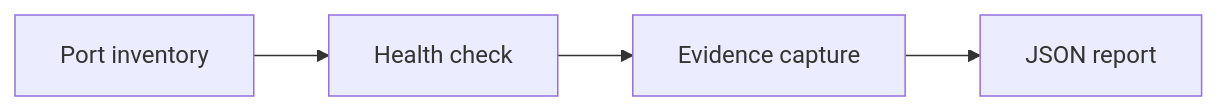
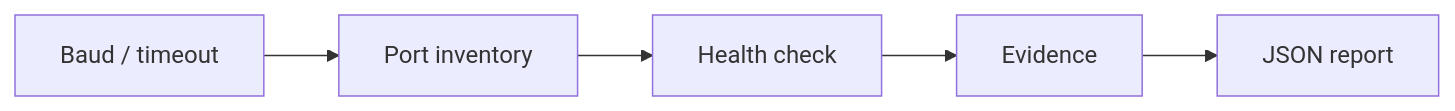
The diagram in README.md (guilherme-lacerda-tech/iot-serial-diagnostics-tool), drawn with Mermaid before and after one commit. The commit also changed other lines of this file and 6 other files, not shown here.

````diff
--- a/README.md
+++ b/README.md
@@ -22,6 +26,7 @@
 ```mermaid
 flowchart LR
-    A["Port inventory"] --> B["Health check"]
-    B --> C["Evidence capture"]
-    C --> D["JSON report"]
+    Config["Baud / timeout"] --> Inventory["Port inventory"]
+    Inventory --> Health["Health check"]
+    Health --> Evidence["Evidence"]
+    Evidence --> Report["JSON report"]
 ```
````
